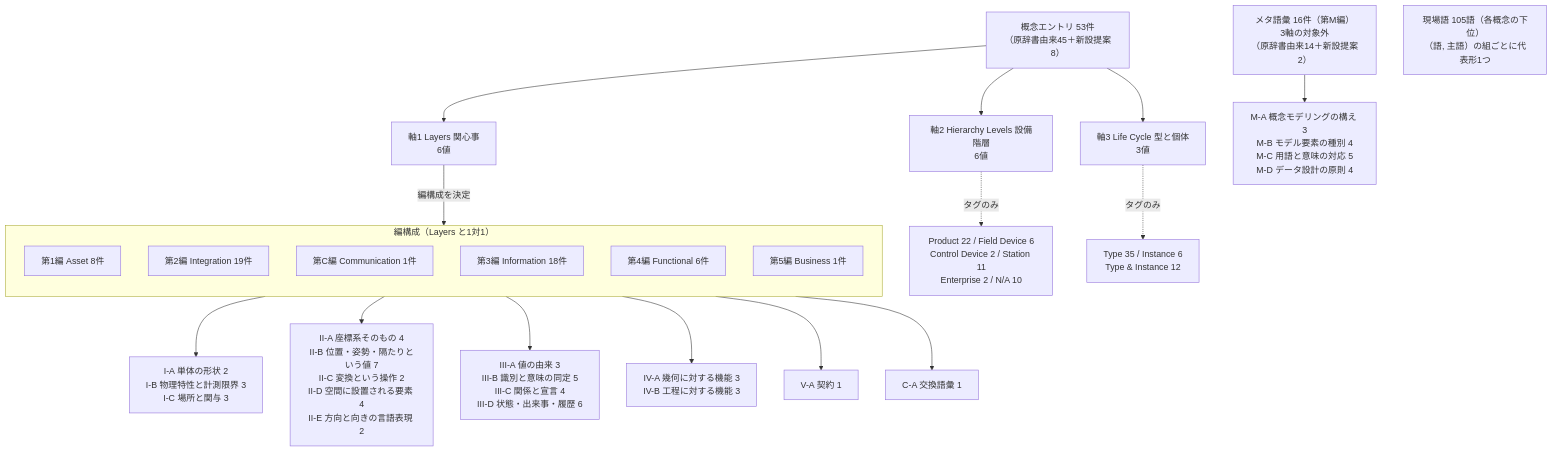
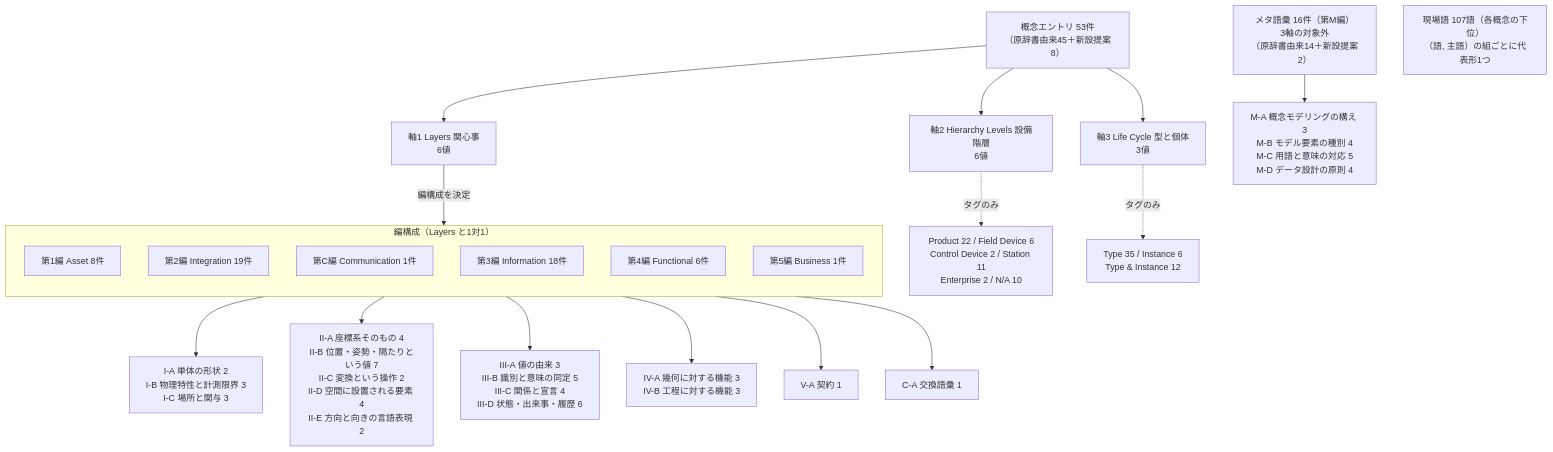
Before and after one commit to yuubae215/my-dictionary: the diagram in pilot/part0-annexes.md, drawn with Mermaid. The commit also changed other lines of this file and 8 other files, not shown here.

````diff
--- a/pilot/part0-annexes.md
+++ b/pilot/part0-annexes.md
@@ -604,32 +609,32 @@
 ```mermaid
 flowchart TB
     E["概念エントリ 53件<br/>（原辞書由来45＋新設提案8）"]
 
     M["メタ語彙 16件（第M編）<br/>3軸の対象外<br/>（原辞書由来14＋新設提案2）"]
-    X["現場語 105語（各概念の下位）<br/>（語, 主語）の組ごとに代表形1つ"]
+    X["現場語 107語（各概念の下位）<br/>（語, 主語）の組ごとに代表形1つ"]
     E --> A1["軸1 Layers 関心事<br/>6値"]
     E --> A2["軸2 Hierarchy Levels 設備階層<br/>6値"]
     E --> A3["軸3 Life Cycle 型と個体<br/>3値"]
 
     A1 -->|編構成を決定| P
     A2 -.->|タグのみ| T2["Product 22 / Field Device 6<br/>Control Device 2 / Station 11<br/>Enterprise 2 / N/A 10"]
     A3 -.->|タグのみ| T3["Type 35 / Instance 6<br/>Type &amp; Instance 12"]
 
     subgraph P["編構成（Layers と1対1）"]
         direction TB
         P1["第1編 Asset 8件"]
         P2["第2編 Integration 19件"]
         PC["第C編 Communication 1件"]
         P3["第3編 Information 18件"]
         P4["第4編 Functional 6件"]
         P5["第5編 Business 1件"]
     end
 
     P1 --> F1["I-A 単体の形状 2<br/>I-B 物理特性と計測限界 3<br/>I-C 場所と関与 3"]
     P2 --> F2["II-A 座標系そのもの 4<br/>II-B 位置・姿勢・隔たりという値 7<br/>II-C 変換という操作 2<br/>II-D 空間に設置される要素 4<br/>II-E 方向と向きの言語表現 2"]
     P3 --> F3["III-A 値の由来 3<br/>III-B 識別と意味の同定 5<br/>III-C 関係と宣言 4<br/>III-D 状態・出来事・履歴 6"]
     P4 --> F4["IV-A 幾何に対する機能 3<br/>IV-B 工程に対する機能 3"]
     P5 --> F5["V-A 契約 1"]
     PC --> FC["C-A 交換語彙 1"]
     M --> F6["M-A 概念モデリングの構え 3<br/>M-B モデル要素の種別 4<br/>M-C 用語と意味の対応 5<br/>M-D データ設計の原則 4"]
 ```
````
